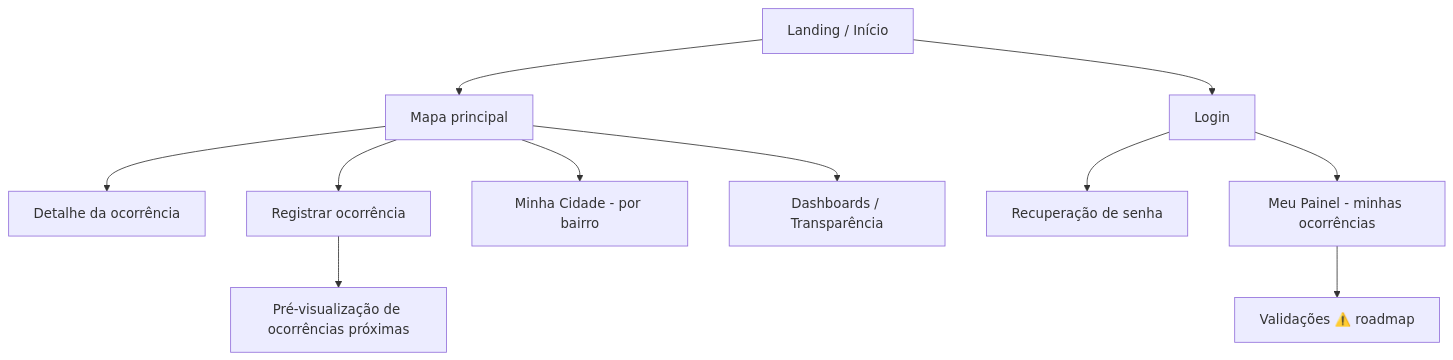
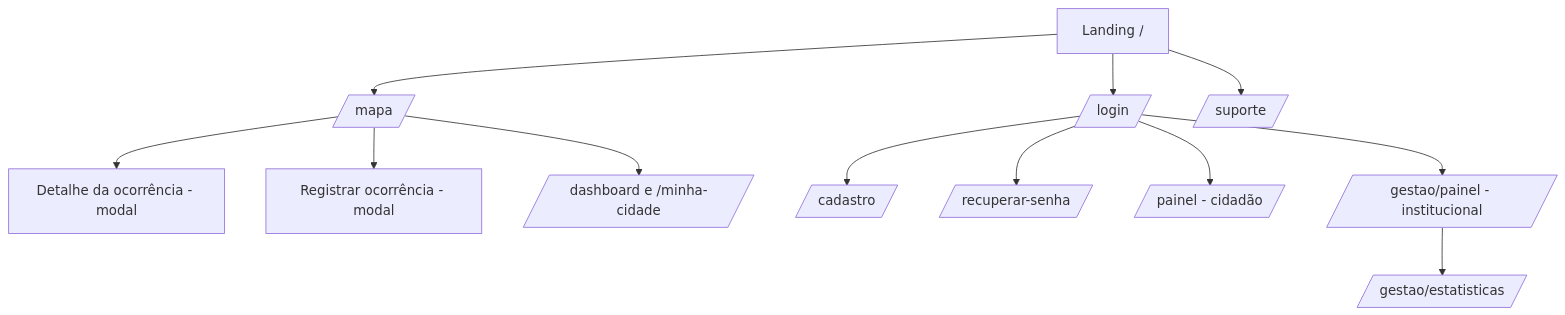
Before and after one commit to Grogww/ProjetoZup: the diagram in docs/06-frontend.md, drawn with Mermaid. The commit also changed other lines of this file and 2 other files, not shown here.

````diff
--- a/docs/06-frontend.md
+++ b/docs/06-frontend.md
@@ -34,13 +61,14 @@
 ```mermaid
 flowchart TD
-    Landing[Landing / Início] --> Mapa[Mapa principal]
-    Landing --> Login[Login]
-    Login --> Recuperar[Recuperação de senha]
-    Mapa --> Detalhe[Detalhe da ocorrência]
-    Mapa --> Registrar[Registrar ocorrência]
-    Mapa --> MinhaCidade[Minha Cidade - por bairro]
-    Mapa --> Dashboards[Dashboards / Transparência]
-    Login --> MeuPainel[Meu Painel - minhas ocorrências]
-    MeuPainel --> Validacoes[Validações ⚠️ roadmap]
-    Registrar --> Proximidade[Pré-visualização de ocorrências próximas]
+    Landing[Landing /] --> Mapa[/mapa/]
+    Landing --> Login[/login/]
+    Landing --> Suporte[/suporte/]
+    Login --> Cadastro[/cadastro/]
+    Login --> Recuperar[/recuperar-senha/]
+    Mapa --> Detalhe[Detalhe da ocorrência - modal]
+    Mapa --> Registrar[Registrar ocorrência - modal]
+    Mapa --> Dashboards[/dashboard e /minha-cidade/]
+    Login --> Painel[/painel - cidadão/]
+    Login --> Gestao[/gestao/painel - institucional/]
+    Gestao --> Estatisticas[/gestao/estatisticas/]
 ```
````
